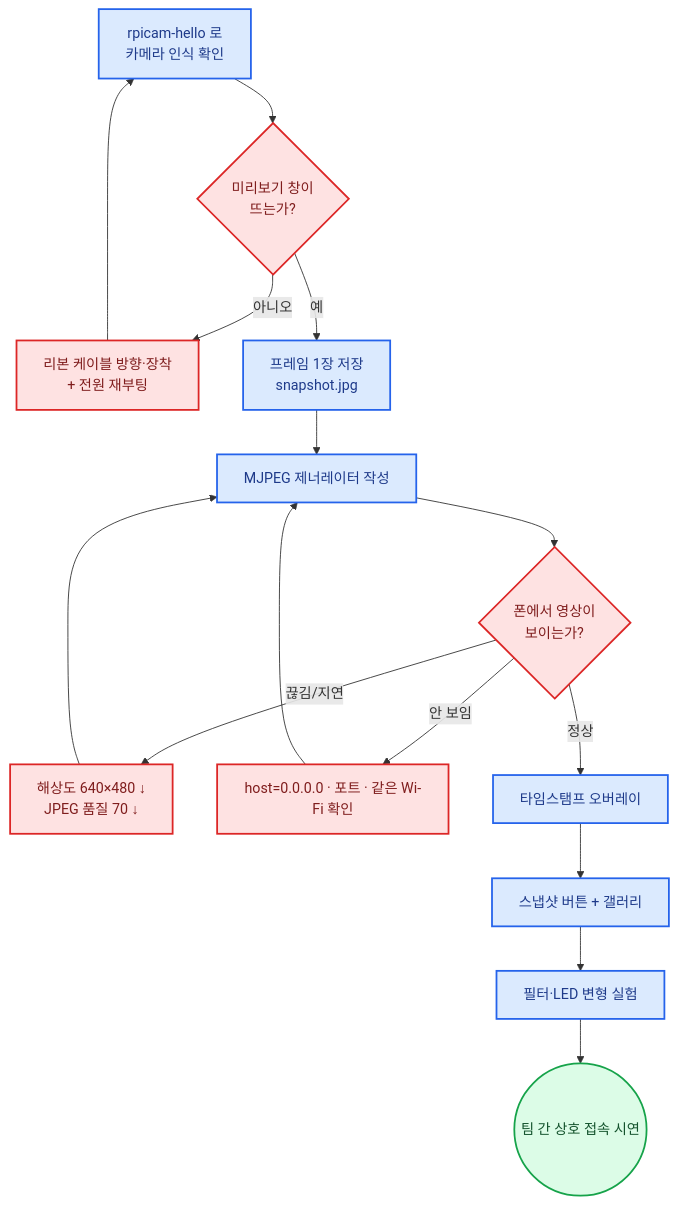
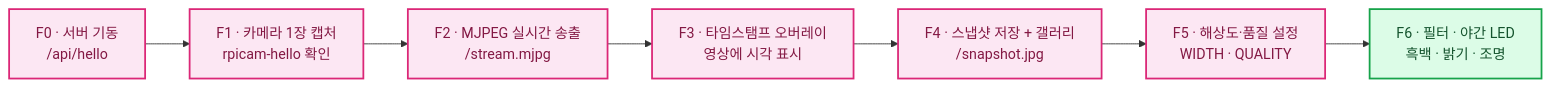
Diagram 13 of 27 in documents/CURRICULUM/라즈베리파이_자율주행차_감시카메라_3-6-12시간_단계별_커리큘럼.md (Collegenie-X/AIMakerLab_Web), drawn with Mermaid before and after one commit. The commit also changed other lines of this file and 36 other files, not shown here.

````diff
--- a/documents/CURRICULUM/라즈베리파이_자율주행차_감시카메라_3-6-12시간_단계별_커리큘럼.md
+++ b/documents/CURRICULUM/라즈베리파이_자율주행차_감시카메라_3-6-12시간_단계별_커리큘럼.md
@@ -752,24 +749,14 @@
 ```mermaid
-flowchart TD
-    B1["rpicam-hello 로<br/>카메라 인식 확인"] --> Q1{"미리보기 창이<br/>뜨는가?"}
-    Q1 -- "아니오" --> F1["리본 케이블 방향·장착<br/>+ 전원 재부팅"]
-    F1 --> B1
-    Q1 -- "예" --> B2["프레임 1장 저장<br/>snapshot.jpg"]
-    B2 --> B3["MJPEG 제너레이터 작성"]
-    B3 --> Q2{"폰에서 영상이<br/>보이는가?"}
-    Q2 -- "끊김/지연" --> F2["해상도 640×480 ↓<br/>JPEG 품질 70 ↓"]
-    F2 --> B3
-    Q2 -- "안 보임" --> F3["host=0.0.0.0 · 포트 · 같은 Wi-Fi 확인"]
-    F3 --> B3
-    Q2 -- "정상" --> B4["타임스탬프 오버레이"]
-    B4 --> B5["스냅샷 버튼 + 갤러리"]
-    B5 --> B6["필터·LED 변형 실험"]
-    B6 --> DONE(("팀 간 상호 접속 시연"))
+flowchart LR
+    G0["F0 · 서버 기동<br/>/api/hello"] --> G1["F1 · 카메라 1장 캡처<br/>rpicam-hello 확인"]
+    G1 --> G2["F2 · MJPEG 실시간 송출<br/>/stream.mjpg"]
+    G2 --> G3["F3 · 타임스탬프 오버레이<br/>영상에 시각 표시"]
+    G3 --> G4["F4 · 스냅샷 저장 + 갤러리<br/>/snapshot.jpg"]
+    G4 --> G5["F5 · 해상도·품질 설정<br/>WIDTH · QUALITY"]
+    G5 --> G6["F6 · 필터 · 야간 LED<br/>흑백 · 밝기 · 조명"]
 
-    classDef s fill:#DBEAFE,stroke:#2563EB,stroke-width:2px,color:#1E3A8A
-    classDef f fill:#FEE2E2,stroke:#DC2626,stroke-width:2px,color:#7F1D1D
-    classDef d fill:#DCFCE7,stroke:#16A34A,stroke-width:2px,color:#14532D
-    class B1,B2,B3,B4,B5,B6 s
-    class F1,F2,F3,Q1,Q2 f
-    class DONE d
+    classDef f fill:#FCE7F3,stroke:#DB2777,stroke-width:2px,color:#831843
+    classDef g fill:#DCFCE7,stroke:#16A34A,stroke-width:2px,color:#14532D
+    class G0,G1,G2,G3,G4,G5 f
+    class G6 g
 ```
````
